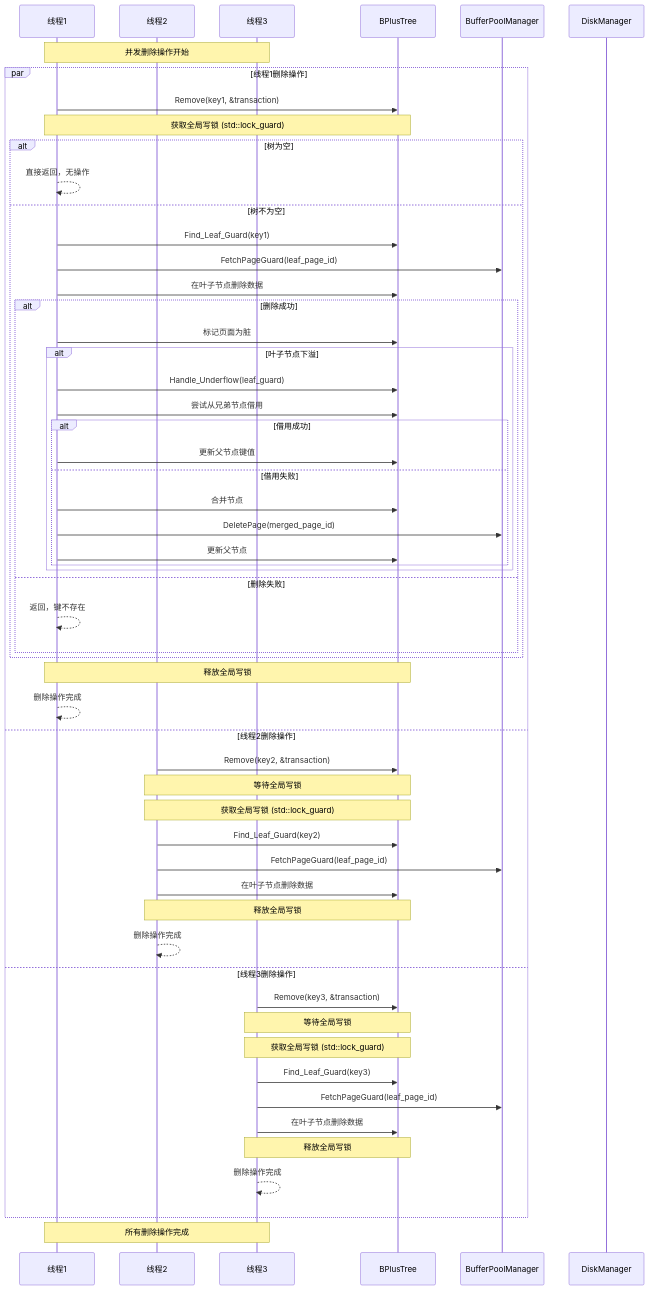
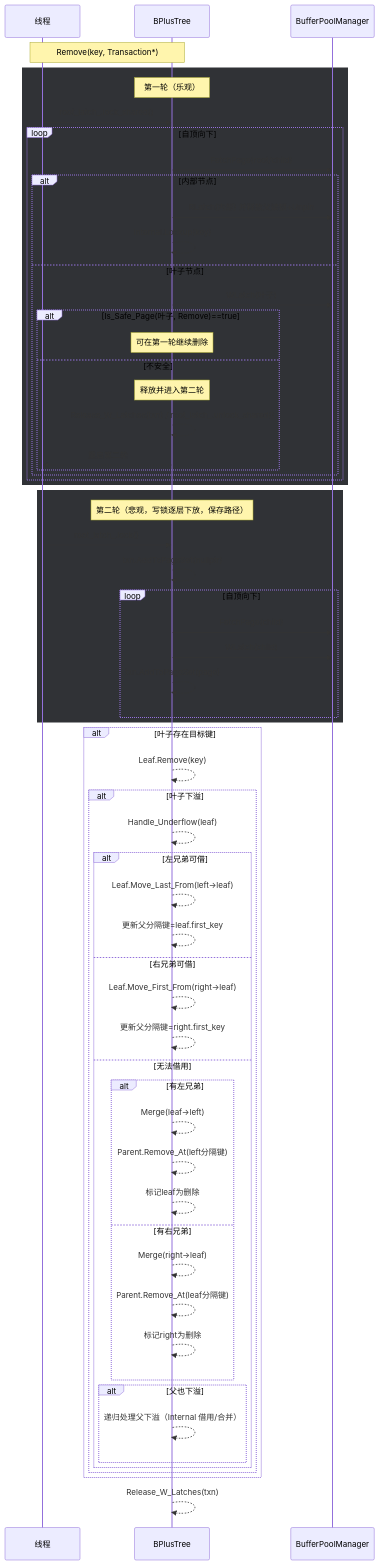
The diagram in doc/并发删除流程图.md (870255728/bptree), drawn with Mermaid before and after one commit. The commit also changed other lines of this file and 16 other files, not shown here.

Commit message:
latch crabbing and transaction

````diff
--- a/doc/并发删除流程图.md
+++ b/doc/并发删除流程图.md
@@ -8,61 +8,68 @@
 ```mermaid
 sequenceDiagram
-    participant T1 as 线程1
-    participant T2 as 线程2
-    participant T3 as 线程3
-    participant BPT as BPlusTree
-    participant BPM as BufferPoolManager
-    participant DM as DiskManager
-    
-    Note over T1,T3: 并发删除操作开始
-    
-    par 线程1删除操作
-        T1->>BPT: Remove(key1, &transaction)
-        Note over T1,BPT: 获取全局写锁 (std::lock_guard)
-        alt 树为空
-            T1-->>T1: 直接返回，无操作
-        else 树不为空
-            T1->>BPT: Find_Leaf_Guard(key1)
-            T1->>BPM: FetchPageGuard(leaf_page_id)
-            T1->>BPT: 在叶子节点删除数据
-            alt 删除成功
-                T1->>BPT: 标记页面为脏
-                alt 叶子节点下溢
-                    T1->>BPT: Handle_Underflow(leaf_guard)
-                    T1->>BPT: 尝试从兄弟节点借用
-                    alt 借用成功
-                        T1->>BPT: 更新父节点键值
-                    else 借用失败
-                        T1->>BPT: 合并节点
-                        T1->>BPM: DeletePage(merged_page_id)
-                        T1->>BPT: 更新父节点
-                    end
-                end
-            else 删除失败
-                T1-->>T1: 返回，键不存在
-            end
+  participant T as 线程
+  participant BPT as BPlusTree
+  participant BPM as BufferPoolManager
+  Note over T, BPT: Remove(key, Transaction*)
+
+  rect rgb(48, 50, 54)
+    Note over BPT: 第一轮（乐观）
+    T ->> BPT: root_latch_.lock_shared()
+    loop 自顶向下
+      BPT ->> BPM: FetchPage(root/child)
+      alt 内部节点
+        BPT ->> BPM: RLatch(内部) 并释放父读锁+Unpin
+        BPT -->> BPT: Internal.Lookup(key)
+      else 叶子节点
+        BPT ->> BPM: WLatch(叶子)
+        alt Is_Safe_Page(叶子, Remove)==true
+          Note over BPT: 可在第一轮继续删除
+        else 不安全
+          Note over BPT: 释放并进入第二轮
+          BPT -->> BPT: Release_W_Latches(txn) / root_latch_.unlock_shared()
+          BPT -->> T: 重启第二轮
         end
-        Note over T1,BPT: 释放全局写锁
-        T1-->>T1: 删除操作完成
-    and 线程2删除操作
-        T2->>BPT: Remove(key2, &transaction)
-        Note over T2,BPT: 等待全局写锁
-        Note over T2,BPT: 获取全局写锁 (std::lock_guard)
-        T2->>BPT: Find_Leaf_Guard(key2)
-        T2->>BPM: FetchPageGuard(leaf_page_id)
-        T2->>BPT: 在叶子节点删除数据
-        Note over T2,BPT: 释放全局写锁
-        T2-->>T2: 删除操作完成
-    and 线程3删除操作
-        T3->>BPT: Remove(key3, &transaction)
-        Note over T3,BPT: 等待全局写锁
-        Note over T3,BPT: 获取全局写锁 (std::lock_guard)
-        T3->>BPT: Find_Leaf_Guard(key3)
-        T3->>BPM: FetchPageGuard(leaf_page_id)
-        T3->>BPT: 在叶子节点删除数据
-        Note over T3,BPT: 释放全局写锁
-        T3-->>T3: 删除操作完成
+      end
     end
-    
-    Note over T1,T3: 所有删除操作完成
+  end
+
+  rect rgb(48, 50, 54)
+    Note over BPT: 第二轮（悲观，写锁逐层下放，保存路径）
+    T ->> BPT: root_latch_.lock()
+    BPT -->> BPT: txn.AddToPageSet(nullptr)
+    loop 自顶向下
+      BPT ->> BPM: FetchPage(child)
+      BPT ->> BPM: WLatch(child)
+      BPT -->> BPT: txn.AddToPageSet(page)
+    end
+  end
+
+  alt 叶子存在目标键
+    BPT -->> BPT: Leaf.Remove(key)
+    alt 叶子下溢
+      BPT -->> BPT: Handle_Underflow(leaf)
+      alt 左兄弟可借
+        BPT -->> BPT: Leaf.Move_Last_From(left→leaf)
+        BPT -->> BPT: 更新父分隔键=leaf.first_key
+      else 右兄弟可借
+        BPT -->> BPT: Leaf.Move_First_From(right→leaf)
+        BPT -->> BPT: 更新父分隔键=right.first_key
+      else 无法借用
+        alt 有左兄弟
+          BPT -->> BPT: Merge(leaf→left);
+          BPT -->> BPT: Parent.Remove_At(left分隔键);
+          BPT -->> BPT: 标记leaf为删除
+        else 有右兄弟
+          BPT -->> BPT: Merge(right→leaf);
+          BPT -->> BPT: Parent.Remove_At(leaf分隔键);
+          BPT -->> BPT: 标记right为删除
+        end
+        alt 父也下溢
+          BPT -->> BPT: 递归处理父下溢（Internal 借用/合并）
+        end
+      end
+    end
+  end
+
+  BPT -->> BPT: Release_W_Latches(txn)
 ```
````
